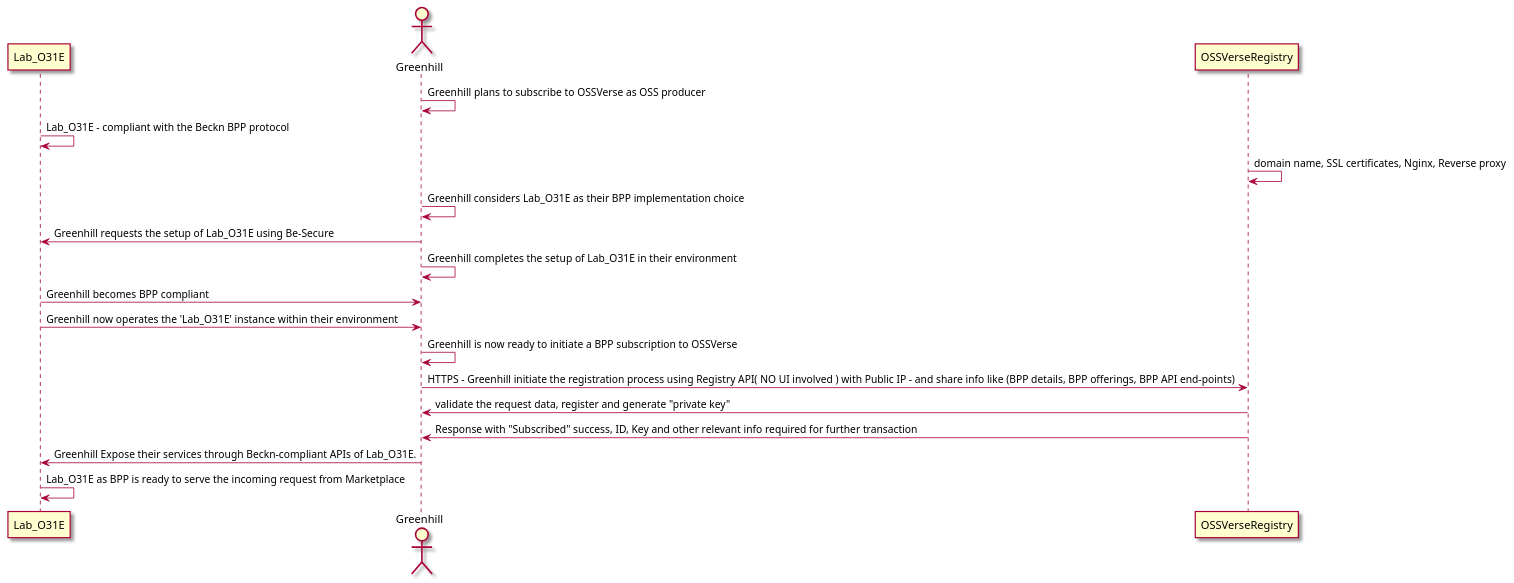
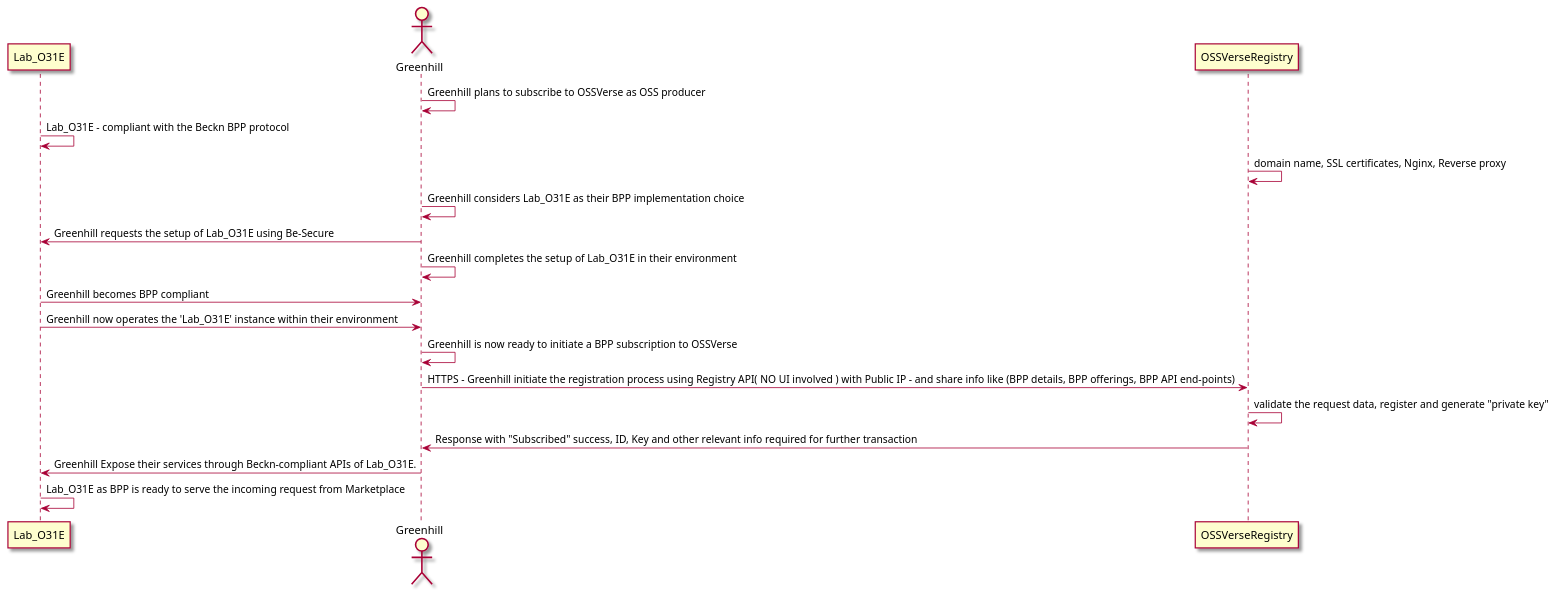
One commit to OSSVerse/OSSVerse changed the diagram in docs/puml/TechnicalArchitecture_BPP_onboarding.puml. Above: the diagram before and after it, drawn with PlantUML.

Commit message:
Architecture deesign - BPP on-boarding, updated

```diff
--- a/docs/puml/TechnicalArchitecture_BPP_onboarding.puml
+++ b/docs/puml/TechnicalArchitecture_BPP_onboarding.puml
@@ -1,27 +1,27 @@
 @startuml
 
 skin rose
 actor Greenhill as Greenhill
 Greenhill -> Greenhill: Greenhill plans to subscribe to OSSVerse as OSS producer
 
 
 Lab_O31E -> Lab_O31E: Lab_O31E - compliant with the Beckn BPP protocol
 actor Greenhill as Greenhill
 OSSVerseRegistry -> OSSVerseRegistry: domain name, SSL certificates, Nginx, Reverse proxy 
 
 
 Greenhill -> Greenhill: Greenhill considers Lab_O31E as their BPP implementation choice
 Greenhill -> Lab_O31E: Greenhill requests the setup of Lab_O31E using Be-Secure
 Greenhill -> Greenhill: Greenhill completes the setup of Lab_O31E in their environment
 Lab_O31E -> Greenhill: Greenhill becomes BPP compliant
 Lab_O31E -> Greenhill: Greenhill now operates the 'Lab_O31E' instance within their environment
 Greenhill -> Greenhill: Greenhill is now ready to initiate a BPP subscription to OSSVerse
 Greenhill -> OSSVerseRegistry: HTTPS - Greenhill initiate the registration process using Registry API( NO UI involved ) with Public IP - and share info like (BPP details, BPP offerings, BPP API end-points)
 
-OSSVerseRegistry -> Greenhill: validate the request data, register and generate "private key"
+OSSVerseRegistry -> OSSVerseRegistry: validate the request data, register and generate "private key"
 OSSVerseRegistry -> Greenhill: Response with "Subscribed" success, ID, Key and other relevant info required for further transaction
 
 Greenhill -> Lab_O31E: Greenhill Expose their services through Beckn-compliant APIs of Lab_O31E.
 Lab_O31E -> Lab_O31E: Lab_O31E as BPP is ready to serve the incoming request from Marketplace
 
 @enduml
```
